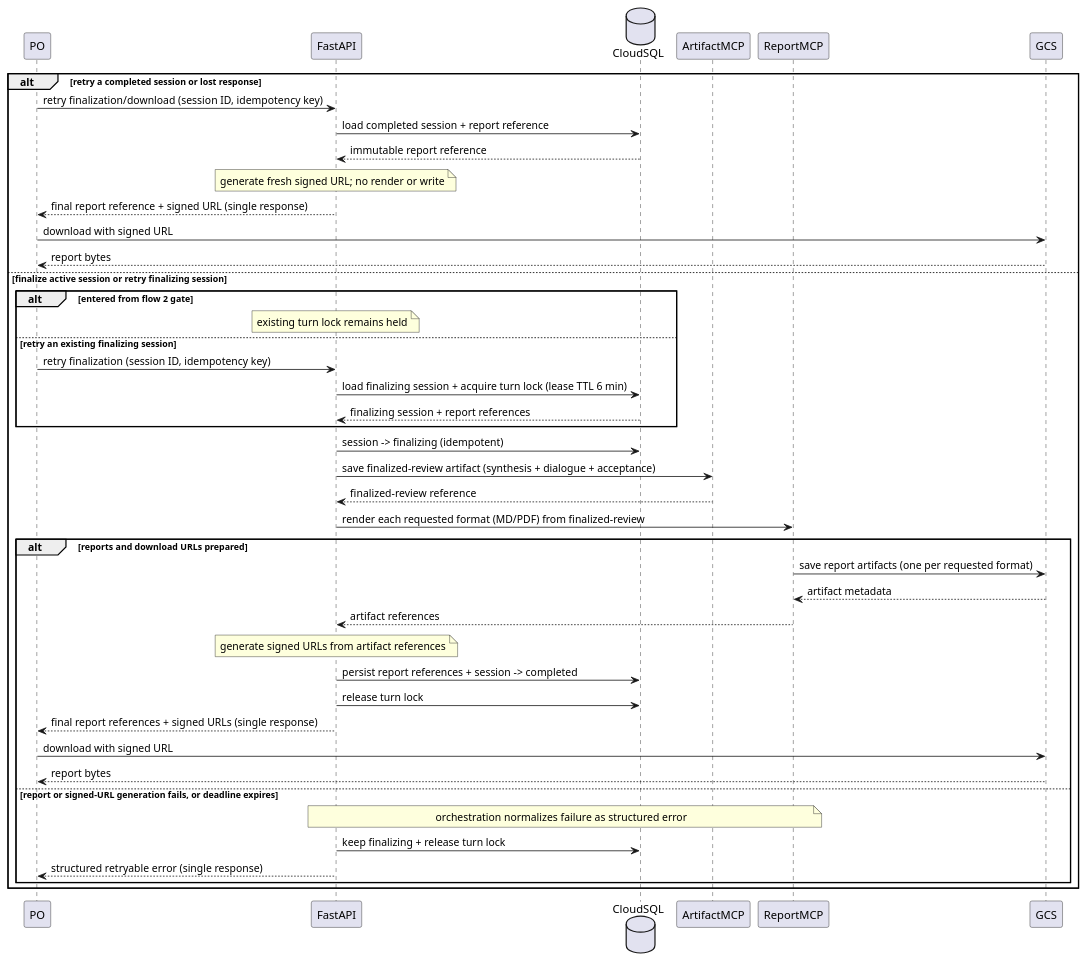
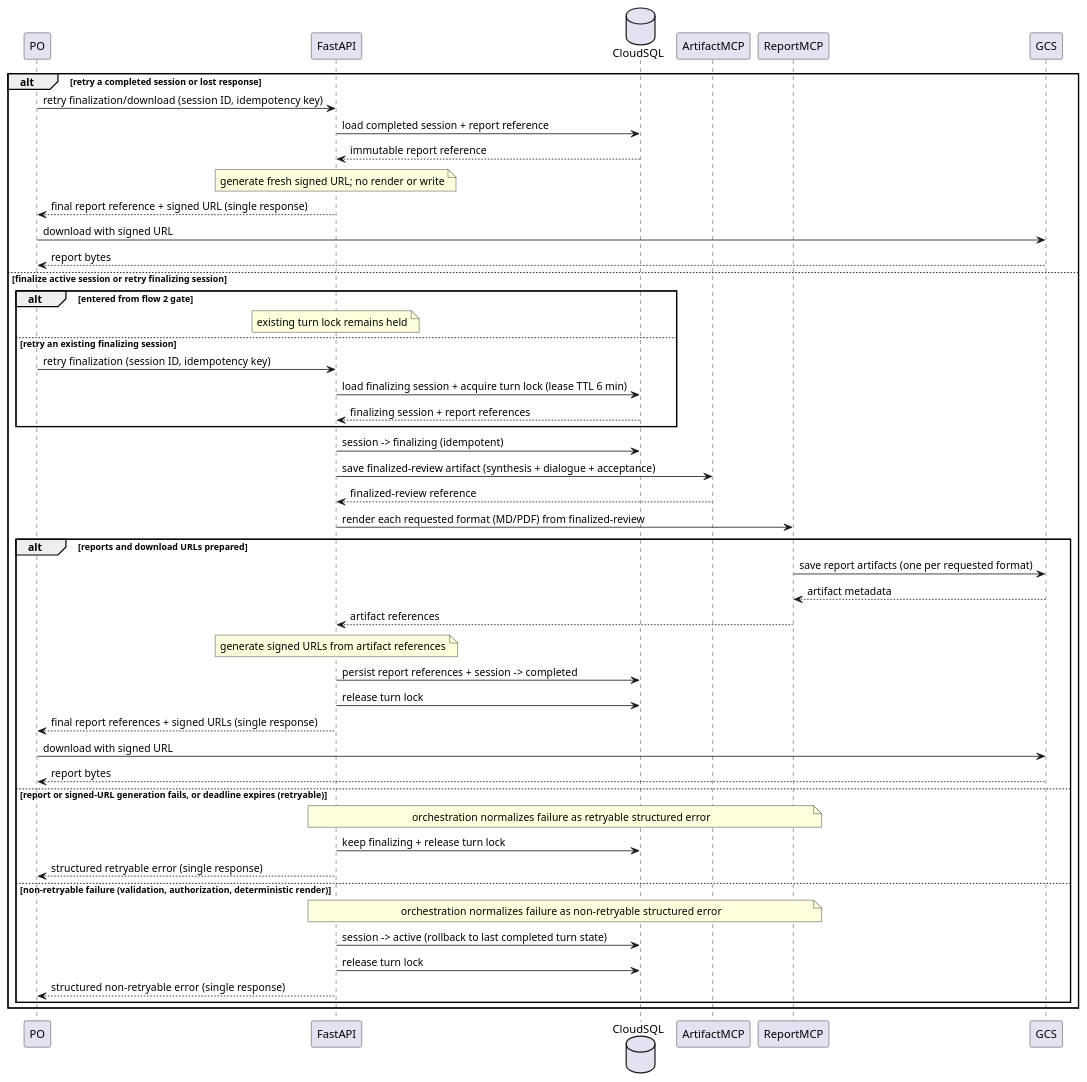
Before and after one commit to MMZ993/story-review: the diagram in docs/design/diagrams/flow3.puml, drawn with PlantUML. The commit also changed 6 other files, not shown here.

Commit message:
docs: add typed facilitator turn output and finalization rollback branches

```diff
--- a/docs/design/diagrams/flow3.puml
+++ b/docs/design/diagrams/flow3.puml
@@ -1,44 +1,49 @@
 @startuml
 participant PO
 participant "FastAPI" as F
 database "CloudSQL" as C
 participant "ArtifactMCP" as A
 participant "ReportMCP" as R
 participant "GCS" as G
 alt retry a completed session or lost response
 PO -> F: retry finalization/download (session ID, idempotency key)
 F -> C: load completed session + report reference
 C --> F: immutable report reference
 note over F: generate fresh signed URL; no render or write
 F --> PO: final report reference + signed URL (single response)
 PO -> G: download with signed URL
 G --> PO: report bytes
 else finalize active session or retry finalizing session
 alt entered from flow 2 gate
 note over F: existing turn lock remains held
 else retry an existing finalizing session
 PO -> F: retry finalization (session ID, idempotency key)
 F -> C: load finalizing session + acquire turn lock (lease TTL 6 min)
 C --> F: finalizing session + report references
 end
 F -> C: session -> finalizing (idempotent)
 F -> A: save finalized-review artifact (synthesis + dialogue + acceptance)
 A --> F: finalized-review reference
 F -> R: render each requested format (MD/PDF) from finalized-review
 alt reports and download URLs prepared
 R -> G: save report artifacts (one per requested format)
 G --> R: artifact metadata
 R --> F: artifact references
 note over F: generate signed URLs from artifact references
 F -> C: persist report references + session -> completed
 F -> C: release turn lock
 F --> PO: final report references + signed URLs (single response)
 PO -> G: download with signed URL
 G --> PO: report bytes
-else report or signed-URL generation fails, or deadline expires
-note over F,R: orchestration normalizes failure as structured error
+else report or signed-URL generation fails, or deadline expires (retryable)
+note over F,R: orchestration normalizes failure as retryable structured error
 F -> C: keep finalizing + release turn lock
 F --> PO: structured retryable error (single response)
+else non-retryable failure (validation, authorization, deterministic render)
+note over F,R: orchestration normalizes failure as non-retryable structured error
+F -> C: session -> active (rollback to last completed turn state)
+F -> C: release turn lock
+F --> PO: structured non-retryable error (single response)
 end
 end
 @enduml
```
